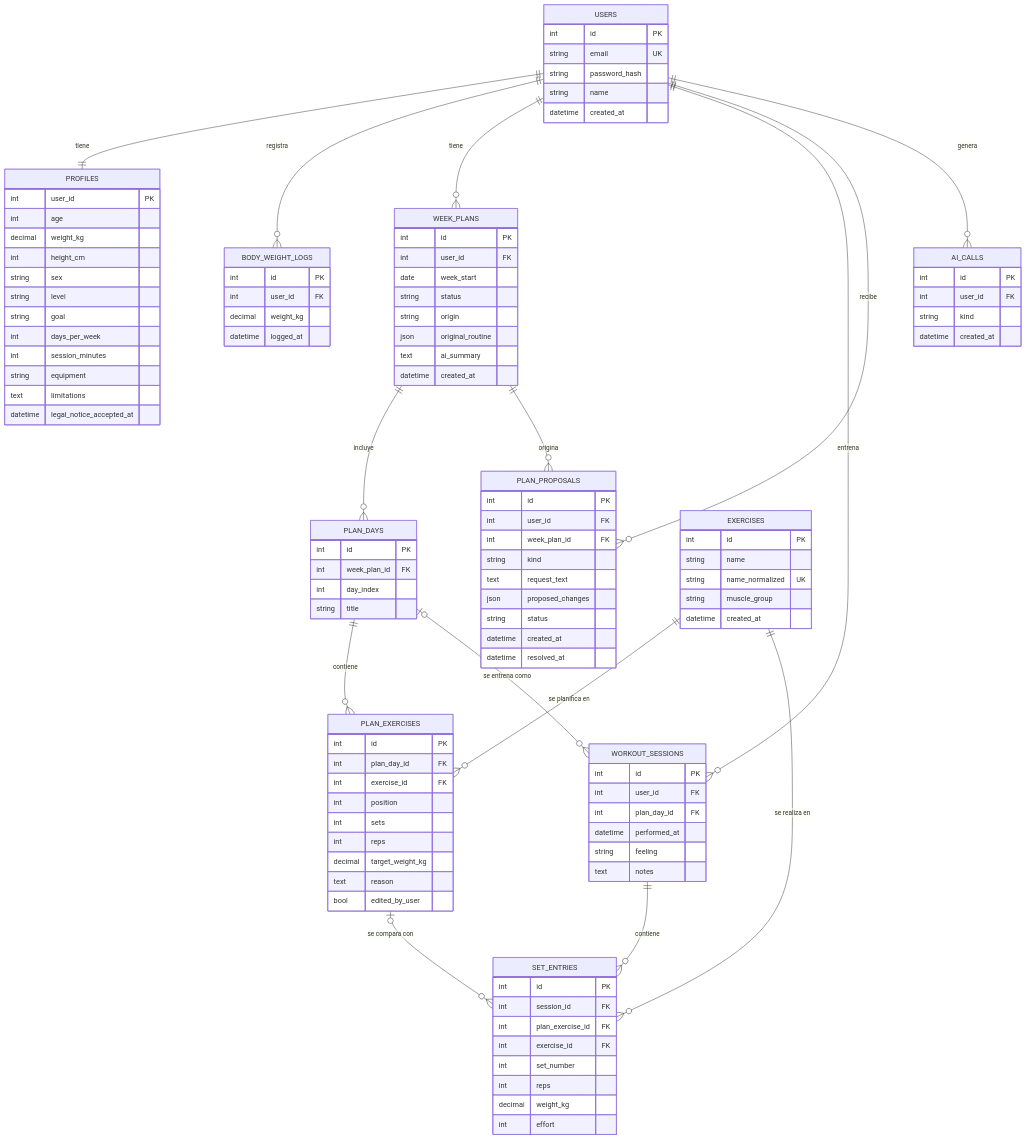
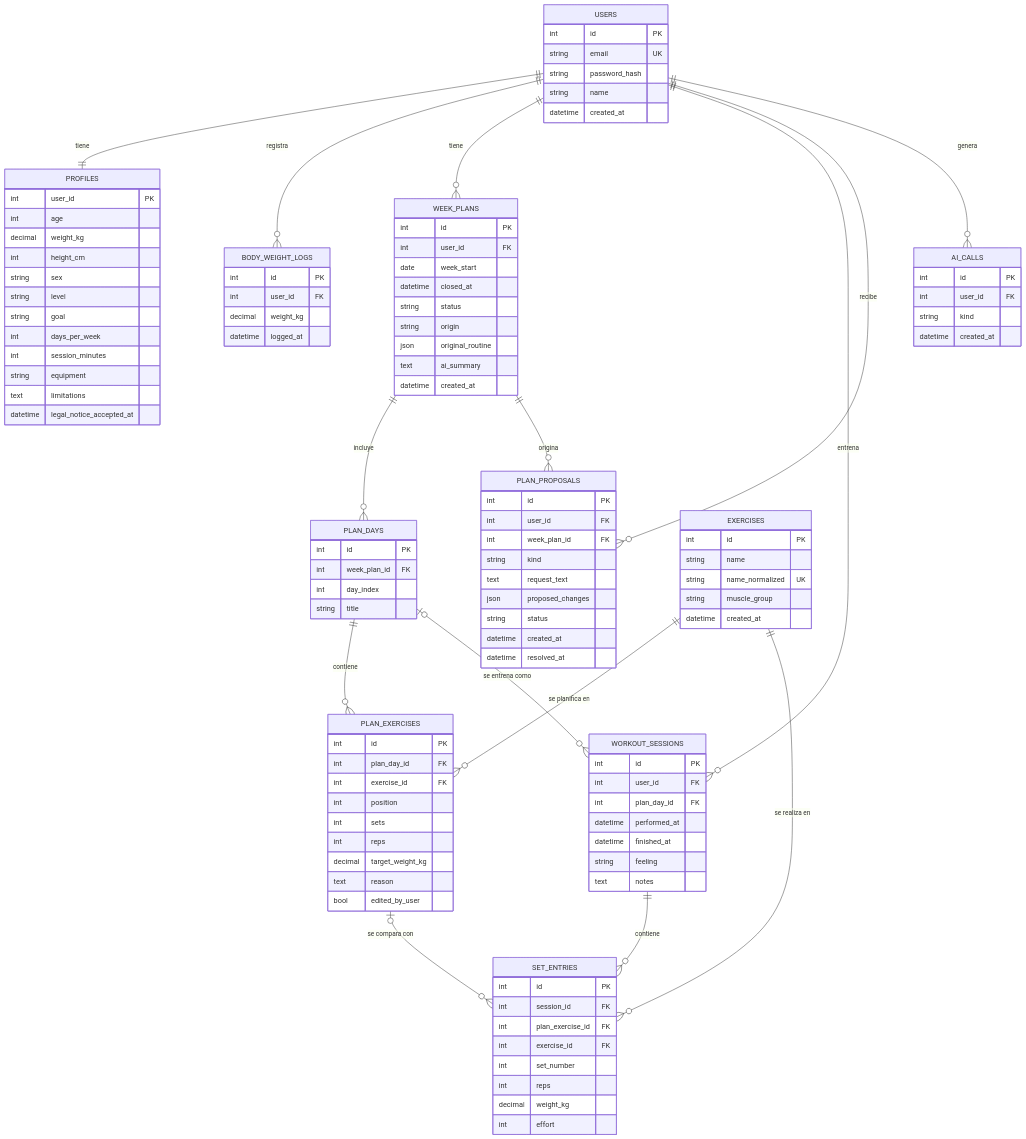
The diagram in docs/modelo-datos.md (Chogarn/Spotter), drawn with Mermaid before and after one commit. The commit also changed other lines of this file and 2 other files, not shown here.

```diff
--- a/docs/modelo-datos.md
+++ b/docs/modelo-datos.md
@@ -69,6 +70,7 @@
         int id PK
         int user_id FK
         date week_start
+        datetime closed_at
         string status
         string origin
         json original_routine
@@ -97,6 +99,7 @@
         int user_id FK
         int plan_day_id FK
         datetime performed_at
+        datetime finished_at
         string feeling
         text notes
     }
```
